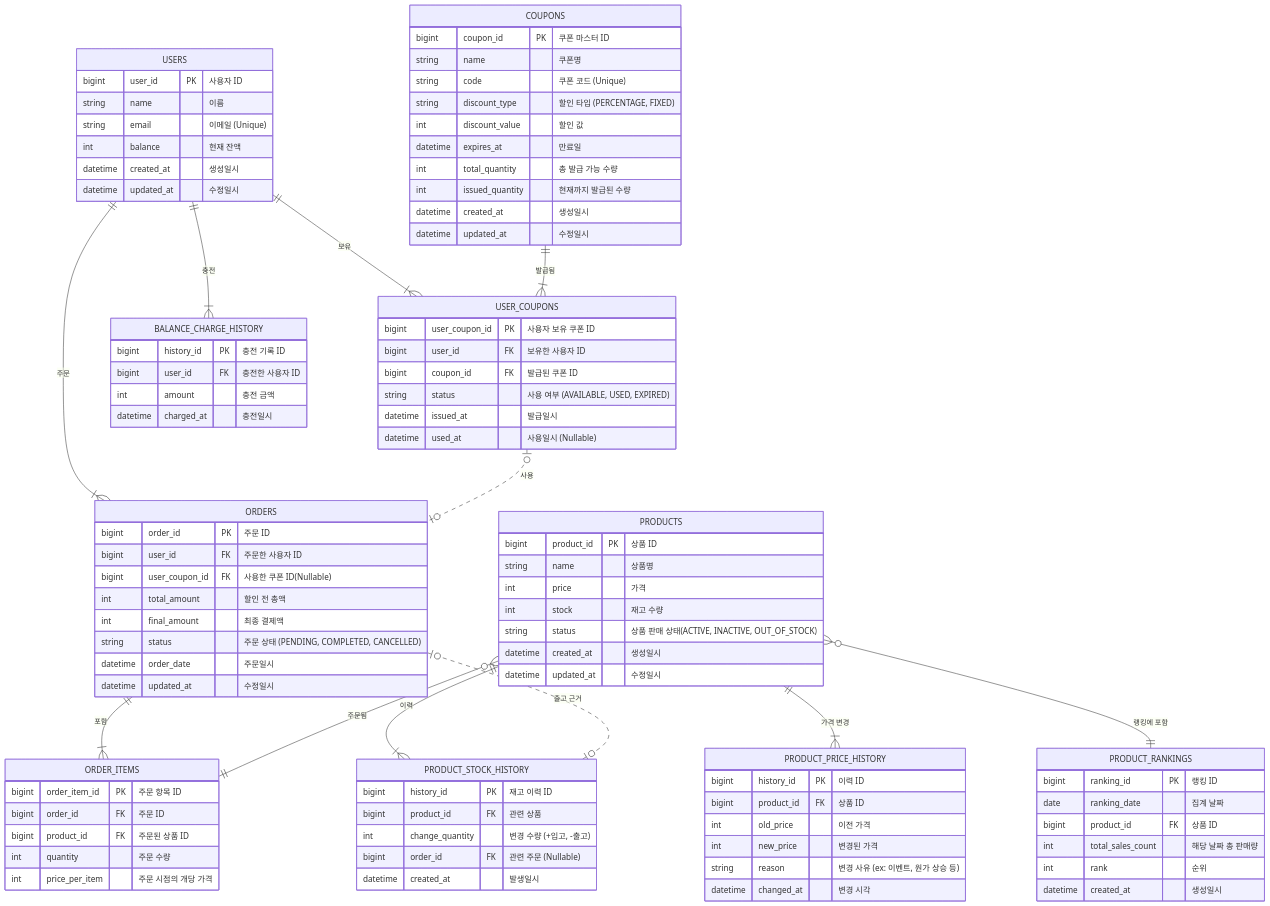
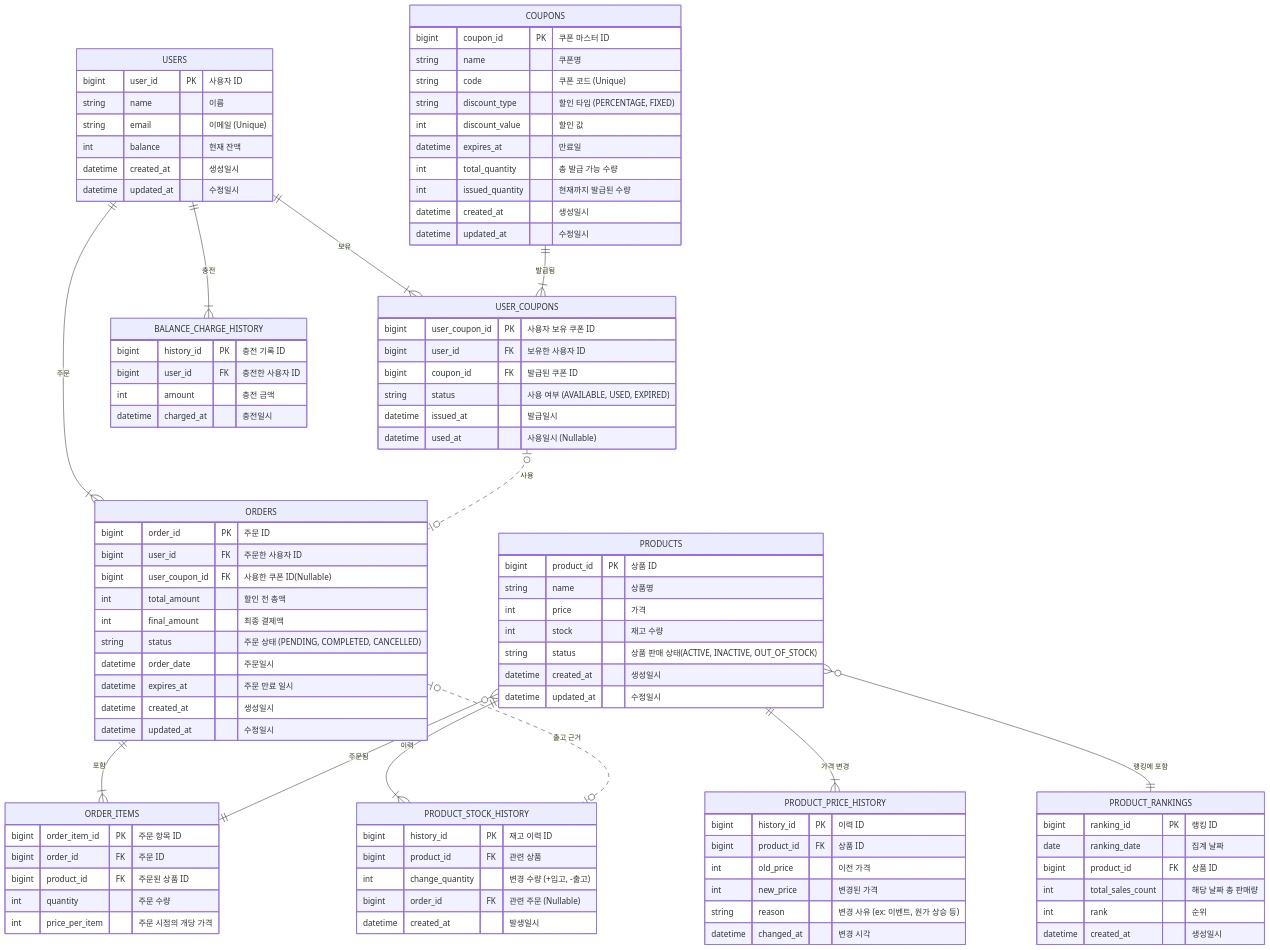
The diagram in docs/03_erd.md (kbyunghoon/e-commerce), drawn with Mermaid before and after one commit. The commit also changed 1 other file, not shown here.

Commit message:
docs: ERD 주문 테이블 수정

```diff
--- a/docs/03_erd.md
+++ b/docs/03_erd.md
@@ -36,6 +36,8 @@
         int final_amount "최종 결제액"
         string status "주문 상태 (PENDING, COMPLETED, CANCELLED)"
         datetime order_date "주문일시"
+        datetime expires_at "주문 만료 일시"
+        datetime created_at "생성일시"
         datetime updated_at "수정일시"
     }
 
```
